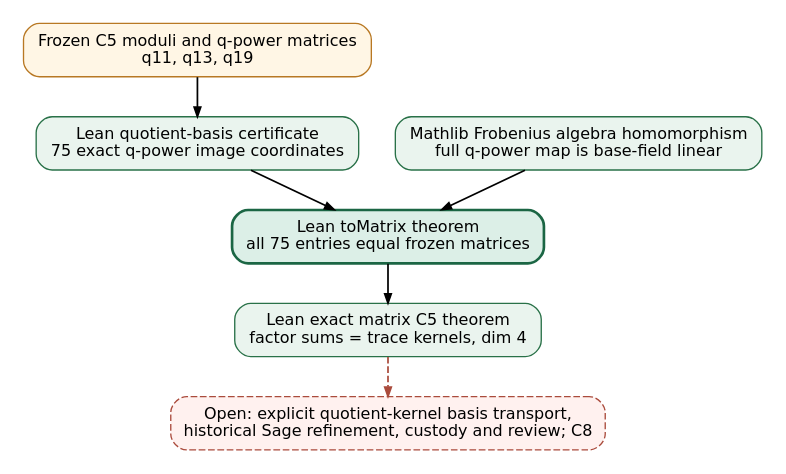
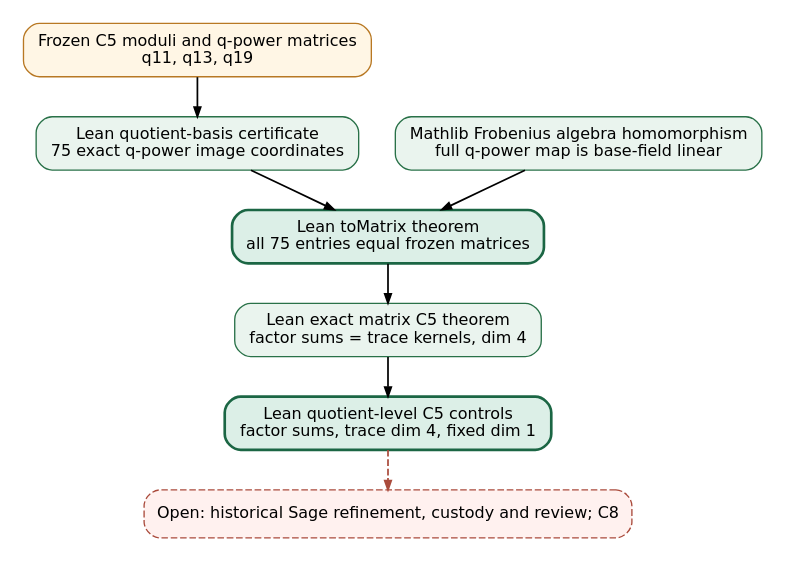
The diagram in docs/reports/2026-10-22-frob-c5-full-map/proof.dot (aburan28/crypto-autoresearcher), drawn with Graphviz before and after one commit. The commit also changed 24 other files, not shown here.

Commit message:
Record exact-source C5 quotient controls and update proof graphs

```diff
--- a/docs/reports/2026-10-22-frob-c5-full-map/proof.dot
+++ b/docs/reports/2026-10-22-frob-c5-full-map/proof.dot
@@ -1,14 +1,15 @@
 digraph C5FullFrobenius {
   graph [rankdir=TB, bgcolor="white", fontname="DejaVu Sans", nodesep=0.38, ranksep=0.42, pad=0.14];
   node [shape=box, style="rounded,filled", fontname="DejaVu Sans", fontsize=12, margin="0.15,0.10"];
   edge [arrowsize=0.7, penwidth=1.3];
   frozen [label="Frozen C5 moduli and q-power matrices\nq11, q13, q19", fillcolor="#fff6e5", color="#b87823"];
   columns [label="Lean quotient-basis certificate\n75 exact q-power image coordinates", fillcolor="#eaf4ee", color="#297148"];
   linear [label="Mathlib Frobenius algebra homomorphism\nfull q-power map is base-field linear", fillcolor="#eaf4ee", color="#297148"];
   matrix [label="Lean toMatrix theorem\nall 75 entries equal frozen matrices", fillcolor="#dcefe7", color="#1b6644", penwidth=2];
   kernels [label="Lean exact matrix C5 theorem\nfactor sums = trace kernels, dim 4", fillcolor="#eaf4ee", color="#297148"];
-  open [label="Open: explicit quotient-kernel basis transport,\nhistorical Sage refinement, custody and review; C8", style="rounded,dashed,filled", fillcolor="#fff1ef", color="#aa4b3c"];
+  quotient [label="Lean quotient-level C5 controls\nfactor sums, trace dim 4, fixed dim 1", fillcolor="#dcefe7", color="#1b6644", penwidth=2];
+  open [label="Open: historical Sage refinement, custody and review; C8", style="rounded,dashed,filled", fillcolor="#fff1ef", color="#aa4b3c"];
   frozen -> columns -> matrix;
-  linear -> matrix -> kernels;
-  kernels -> open [style=dashed, color="#aa4b3c"];
+  linear -> matrix -> kernels -> quotient;
+  quotient -> open [style=dashed, color="#aa4b3c"];
 }
```
